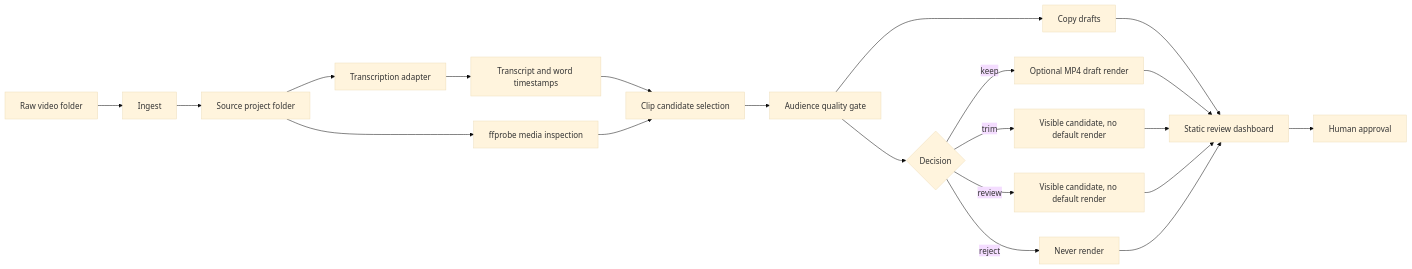
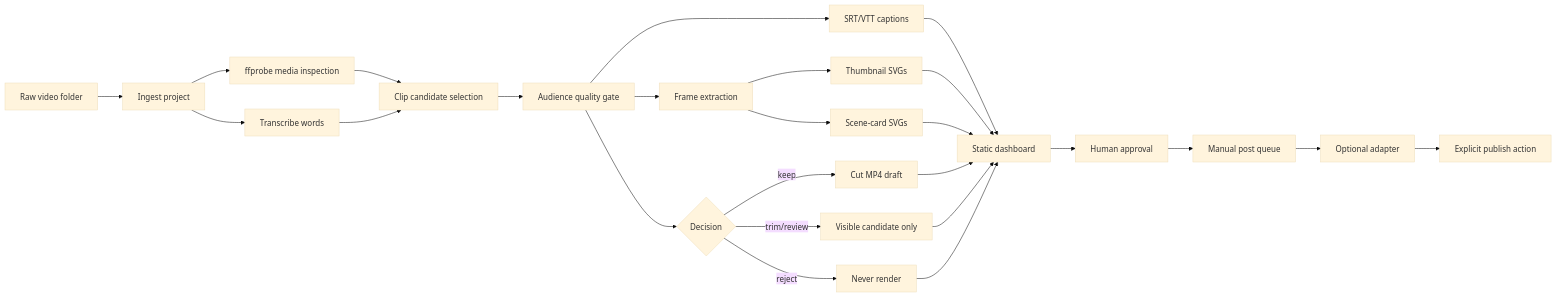
Before and after one commit to KaiCalls/video-review-os: the diagram in README.md, drawn with Mermaid (base theme). The commit also changed other lines of this file and 15 other files, not shown here.

Commit message:
Add captions scenes visuals and post queue

````diff
--- a/README.md
+++ b/README.md
@@ -48,23 +64,27 @@
 ```mermaid
 flowchart LR
-    A["Raw video folder"] --> B["Ingest"]
-    B --> C["Source project folder"]
-    C --> D["ffprobe media inspection"]
-    C --> E["Transcription adapter"]
-    E --> F["Transcript and word timestamps"]
-    F --> G["Clip candidate selection"]
-    D --> G
-    G --> H["Audience quality gate"]
-    H --> I["Copy drafts"]
-    H --> J{"Decision"}
-    J -->|keep| K["Optional MP4 draft render"]
-    J -->|trim| L["Visible candidate, no default render"]
-    J -->|review| M["Visible candidate, no default render"]
-    J -->|reject| N["Never render"]
-    I --> O["Static review dashboard"]
-    K --> O
-    L --> O
+    A["Raw video folder"] --> B["Ingest project"]
+    B --> C["ffprobe media inspection"]
+    B --> D["Transcribe words"]
+    C --> E["Clip candidate selection"]
+    D --> E
+    E --> F["Audience quality gate"]
+    F --> G{"Decision"}
+    G -->|keep| H["Cut MP4 draft"]
+    G -->|trim/review| I["Visible candidate only"]
+    G -->|reject| J["Never render"]
+    F --> K["SRT/VTT captions"]
+    F --> L["Frame extraction"]
+    L --> M["Thumbnail SVGs"]
+    L --> N["Scene-card SVGs"]
+    K --> O["Static dashboard"]
     M --> O
     N --> O
+    H --> O
+    I --> O
+    J --> O
     O --> P["Human approval"]
+    P --> Q["Manual post queue"]
+    Q --> R["Optional adapter"]
+    R --> S["Explicit publish action"]
 ```
````
